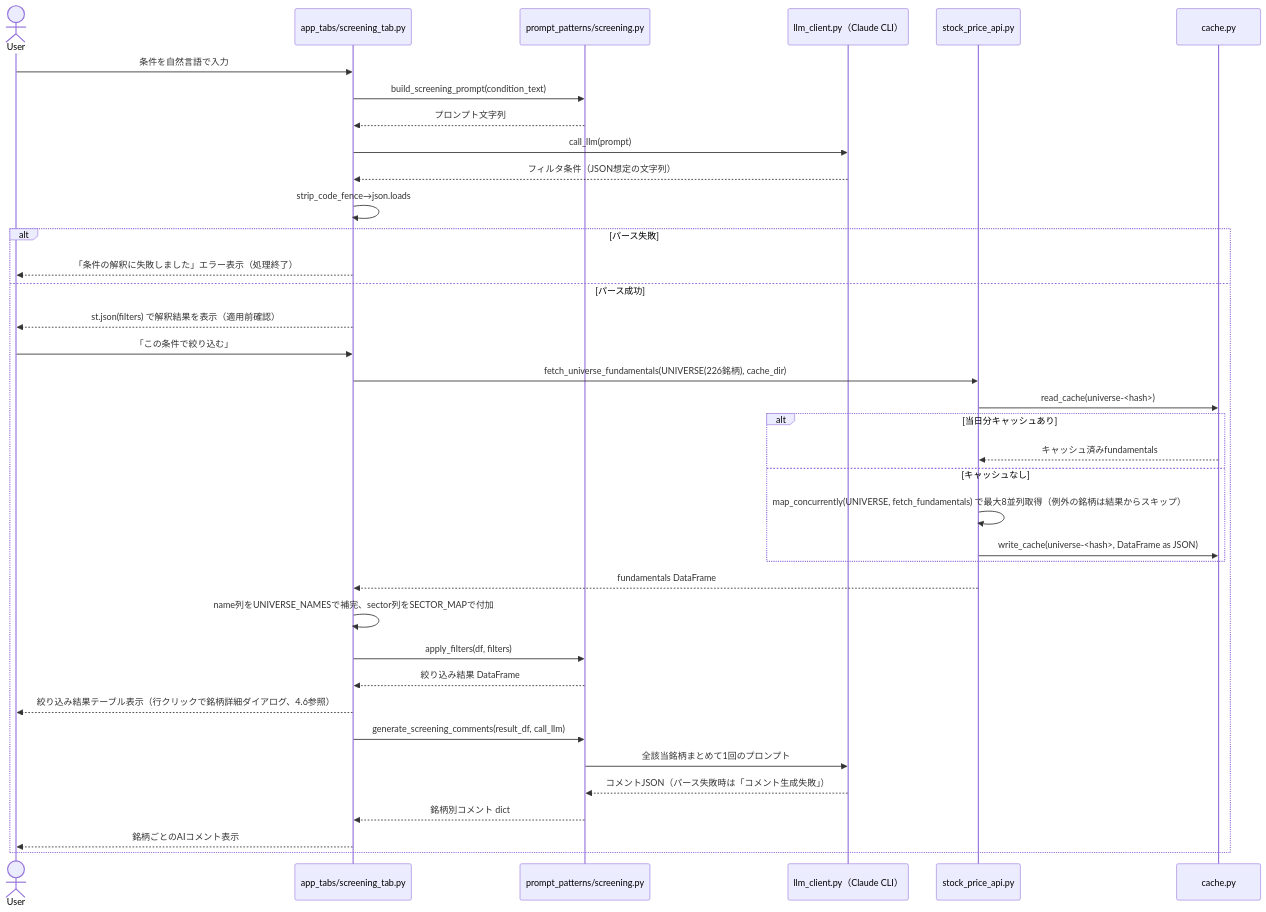
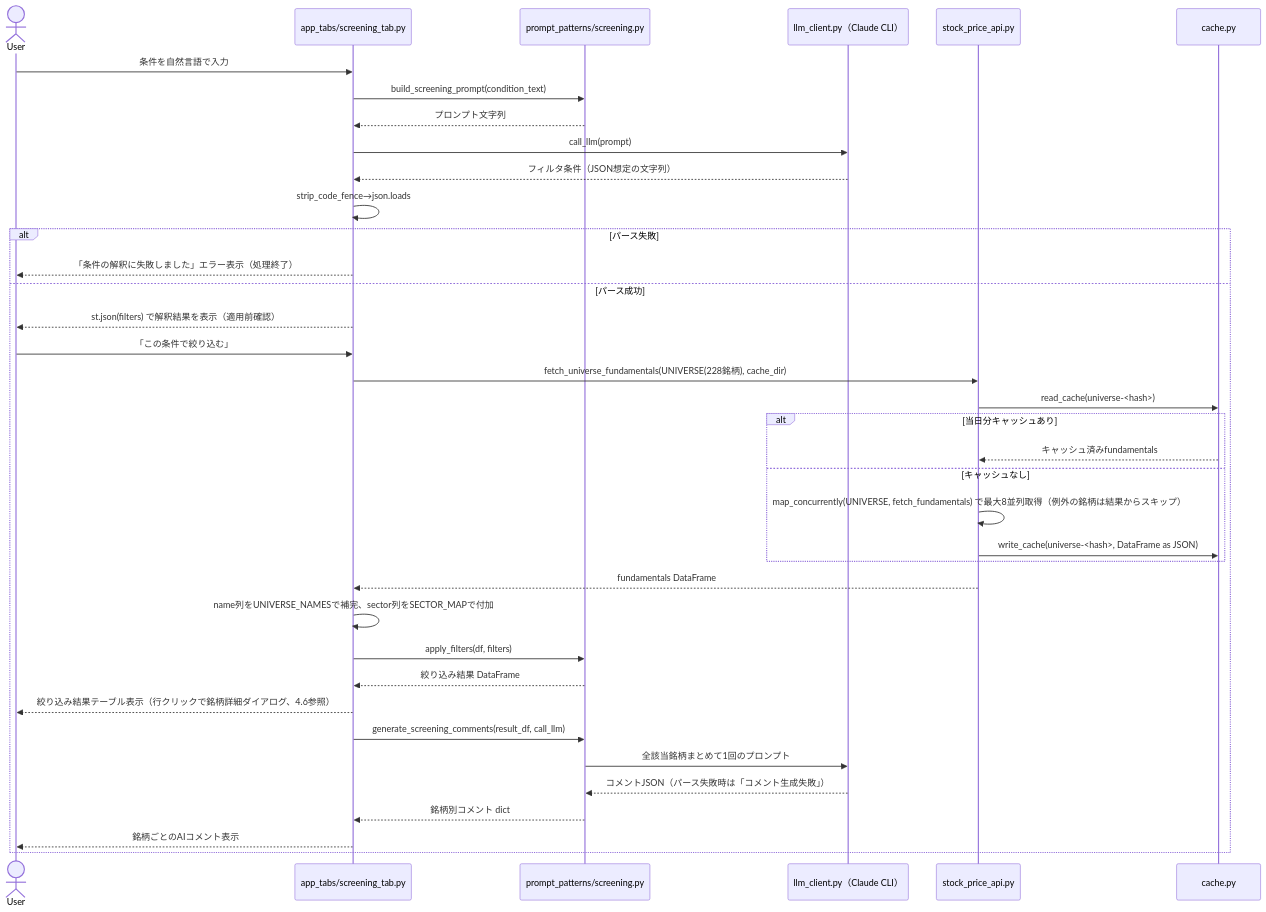
One commit to duwenji/ai-stock-investing-tutorial changed the third of 10 diagrams in app/docs/app-design.md. Above: the diagram before and after it, drawn with Mermaid. The commit also changed other lines of this file, not shown here.

````diff
--- a/app/docs/app-design.md
+++ b/app/docs/app-design.md
@@ -416,40 +418,40 @@
 ```mermaid
 sequenceDiagram
     actor User
     participant UI as app_tabs/screening_tab.py
     participant ScreenP as prompt_patterns/screening.py
     participant LLM as llm_client.py（Claude CLI）
     participant PriceAPI as stock_price_api.py
     participant Cache as cache.py
 
     User->>UI: 条件を自然言語で入力
     UI->>ScreenP: build_screening_prompt(condition_text)
     ScreenP-->>UI: プロンプト文字列
     UI->>LLM: call_llm(prompt)
     LLM-->>UI: フィルタ条件（JSON想定の文字列）
     UI->>UI: strip_code_fence→json.loads
     alt パース失敗
         UI-->>User: 「条件の解釈に失敗しました」エラー表示（処理終了）
     else パース成功
         UI-->>User: st.json(filters) で解釈結果を表示（適用前確認）
         User->>UI: 「この条件で絞り込む」
-        UI->>PriceAPI: fetch_universe_fundamentals(UNIVERSE(226銘柄), cache_dir)
+        UI->>PriceAPI: fetch_universe_fundamentals(UNIVERSE(228銘柄), cache_dir)
         PriceAPI->>Cache: read_cache(universe-<hash>)
         alt 当日分キャッシュあり
             Cache-->>PriceAPI: キャッシュ済みfundamentals
         else キャッシュなし
             PriceAPI->>PriceAPI: map_concurrently(UNIVERSE, fetch_fundamentals) で最大8並列取得（例外の銘柄は結果からスキップ）
             PriceAPI->>Cache: write_cache(universe-<hash>, DataFrame as JSON)
         end
         PriceAPI-->>UI: fundamentals DataFrame
         UI->>UI: name列をUNIVERSE_NAMESで補完、sector列をSECTOR_MAPで付加
         UI->>ScreenP: apply_filters(df, filters)
         ScreenP-->>UI: 絞り込み結果 DataFrame
         UI-->>User: 絞り込み結果テーブル表示（行クリックで銘柄詳細ダイアログ、4.6参照）
         UI->>ScreenP: generate_screening_comments(result_df, call_llm)
         ScreenP->>LLM: 全該当銘柄まとめて1回のプロンプト
         LLM-->>ScreenP: コメントJSON（パース失敗時は「コメント生成失敗」）
         ScreenP-->>UI: 銘柄別コメント dict
         UI-->>User: 銘柄ごとのAIコメント表示
     end
 ```
````
